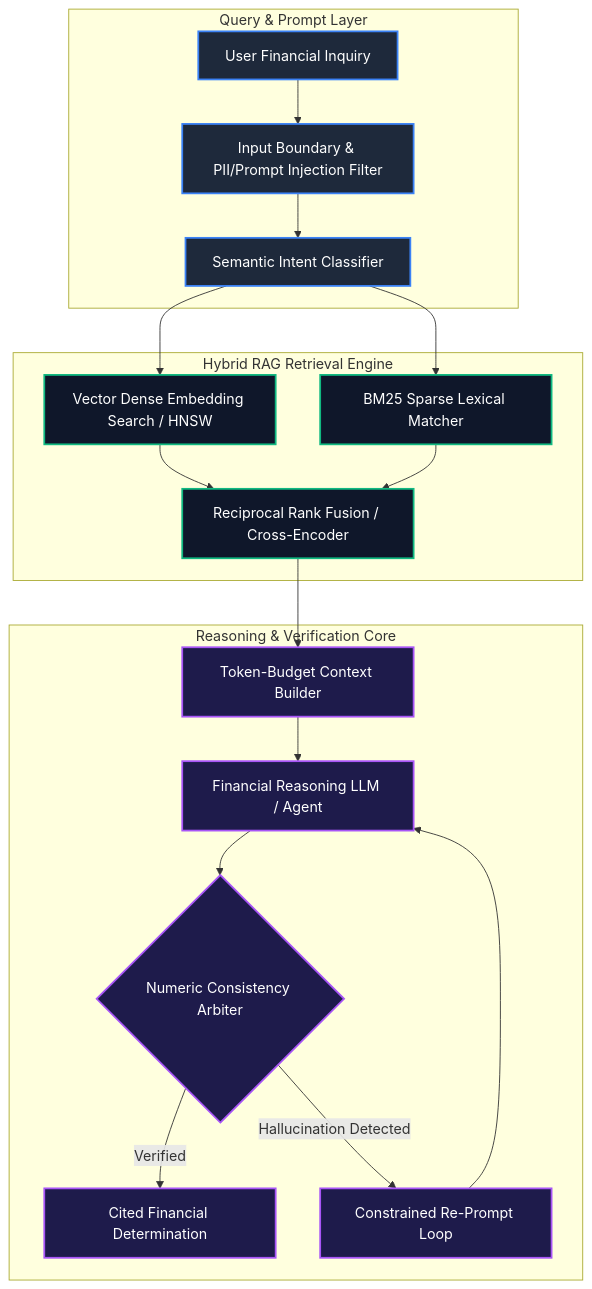
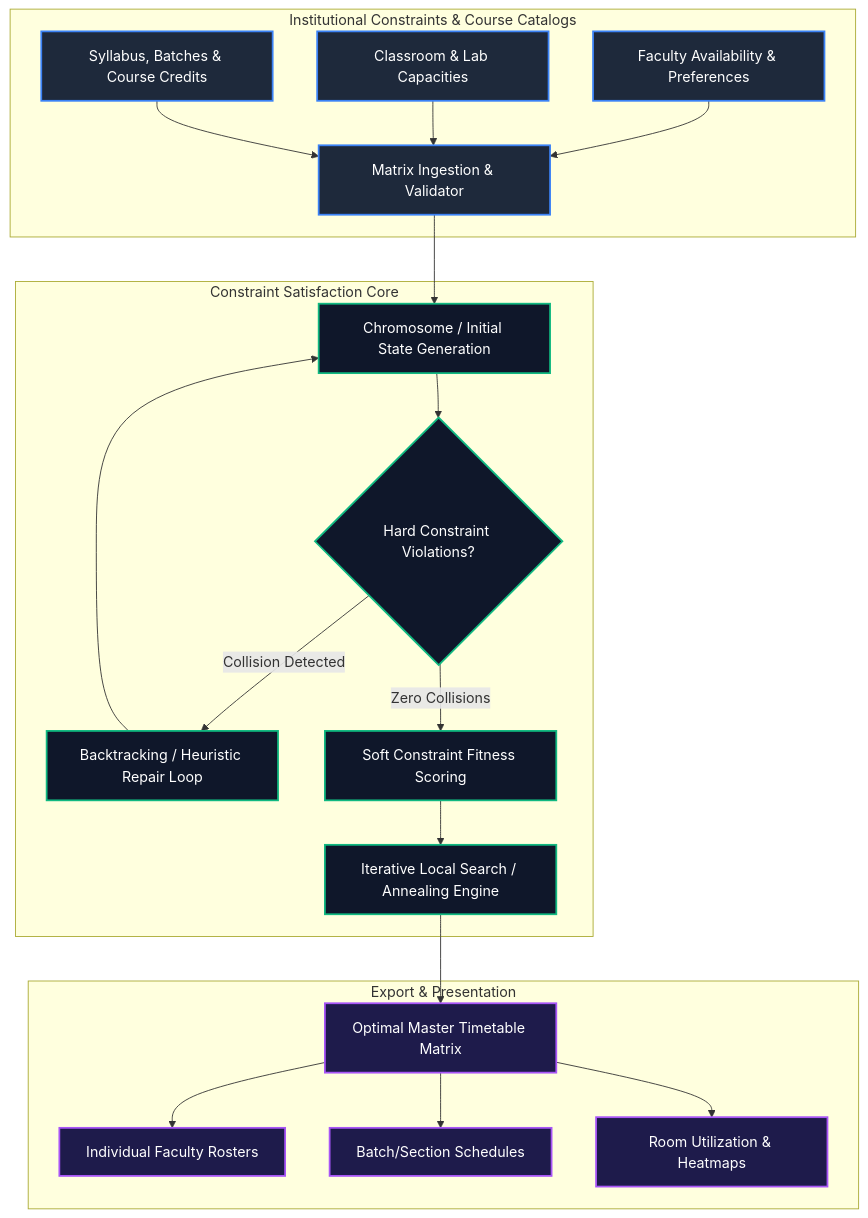
Before and after one commit to Harry-aura/CFAI: the diagram in README.md, drawn with Mermaid. The commit also changed other lines of this file and 4 other files, not shown here.

Commit message:
feat: align repository presentation and docs to automated academic timetable optimization engine

```diff
--- a/README.md
+++ b/README.md
@@ -26,30 +26,31 @@
 ~~~mermaid
 flowchart TB
-    subgraph Ingress [Query & Prompt Layer]
-        UserQuery[User Financial Inquiry] --> GuardrailIn[Input Boundary & PII/Prompt Injection Filter]
-        GuardrailIn --> IntentRouter[Semantic Intent Classifier]
+    subgraph Input_Layer [Institutional Constraints & Course Catalogs]
+        Faculty[Faculty Availability & Preferences] --> Ingress[Matrix Ingestion & Validator]
+        Rooms[Classroom & Lab Capacities] --> Ingress
+        Curriculum[Syllabus, Batches & Course Credits] --> Ingress
     end
 
-    subgraph Retrieval [Hybrid RAG Retrieval Engine]
-        IntentRouter --> DenseRetriever[Vector Dense Embedding Search / HNSW]
-        IntentRouter --> SparseRetriever[BM25 Sparse Lexical Matcher]
-        DenseRetriever --> Reranker[Reciprocal Rank Fusion / Cross-Encoder]
-        SparseRetriever --> Reranker
+    subgraph Solver_Engine [Constraint Satisfaction Core]
+        Ingress --> StateInit[Chromosome / Initial State Generation]
+        StateInit --> HardJudge{Hard Constraint Violations?}
+        HardJudge -->|Collision Detected| Backtrack[Backtracking / Heuristic Repair Loop]
+        Backtrack --> StateInit
+        HardJudge -->|Zero Collisions| SoftJudge[Soft Constraint Fitness Scoring]
+        SoftJudge --> Optimizer[Iterative Local Search / Annealing Engine]
     end
 
-    subgraph Synthesis [Reasoning & Verification Core]
-        Reranker --> ContextPacker[Token-Budget Context Builder]
-        ContextPacker --> LLMCore[Financial Reasoning LLM / Agent]
-        LLMCore --> NumberValidator{Numeric Consistency Arbiter}
-        NumberValidator -->|Verified| OutputEmitter[Cited Financial Determination]
-        NumberValidator -->|Hallucination Detected| Retry[Constrained Re-Prompt Loop]
-        Retry --> LLMCore
+    subgraph Output_Layer [Export & Presentation]
+        Optimizer --> ScheduleMatrix[Optimal Master Timetable Matrix]
+        ScheduleMatrix --> FacultyView[Individual Faculty Rosters]
+        ScheduleMatrix --> StudentView[Batch/Section Schedules]
+        ScheduleMatrix --> RoomView[Room Utilization & Heatmaps]
     end
 
-    classDef ingress fill:#1e293b,stroke:#3b82f6,stroke-width:2px,color:#fff;
-    classDef rag fill:#0f172a,stroke:#10b981,stroke-width:2px,color:#fff;
-    classDef synth fill:#1e1b4b,stroke:#a855f7,stroke-width:2px,color:#fff;
-    class UserQuery,GuardrailIn,IntentRouter ingress;
-    class DenseRetriever,SparseRetriever,Reranker rag;
-    class ContextPacker,LLMCore,NumberValidator,OutputEmitter,Retry synth;
+    classDef input fill:#1e293b,stroke:#3b82f6,stroke-width:2px,color:#fff;
+    classDef solver fill:#0f172a,stroke:#10b981,stroke-width:2px,color:#fff;
+    classDef output fill:#1e1b4b,stroke:#a855f7,stroke-width:2px,color:#fff;
+    class Faculty,Rooms,Curriculum,Ingress input;
+    class StateInit,HardJudge,Backtrack,SoftJudge,Optimizer solver;
+    class ScheduleMatrix,FacultyView,StudentView,RoomView output;
 ~~~
```
